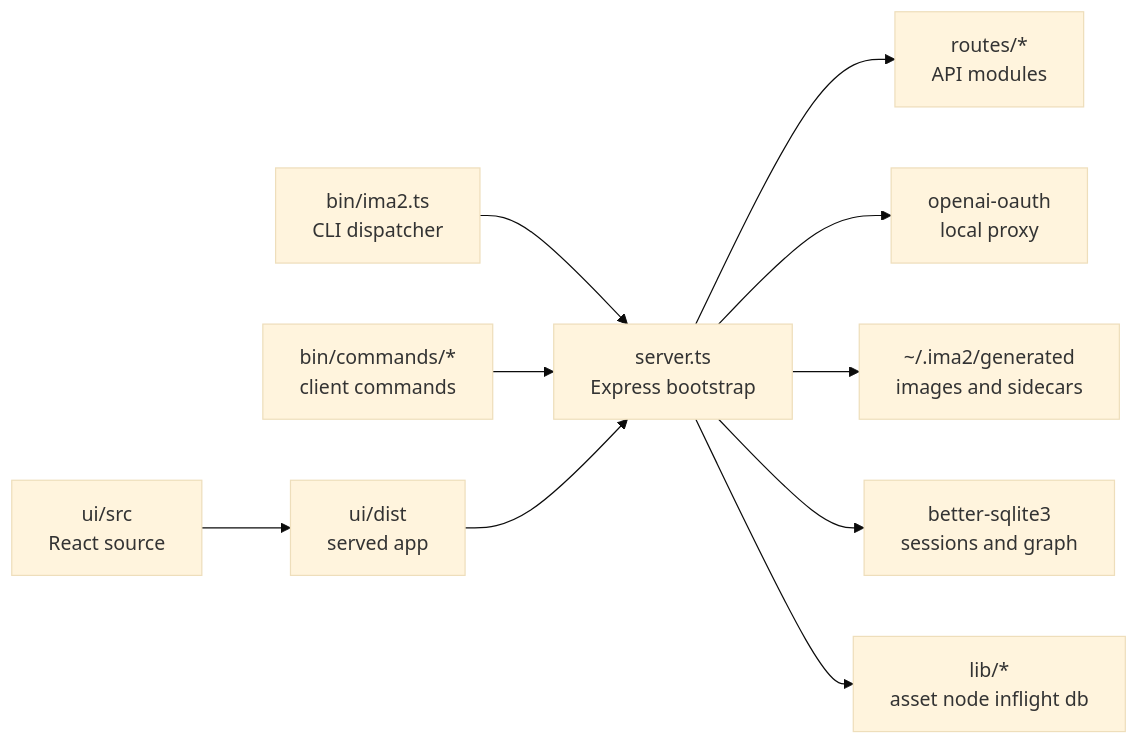
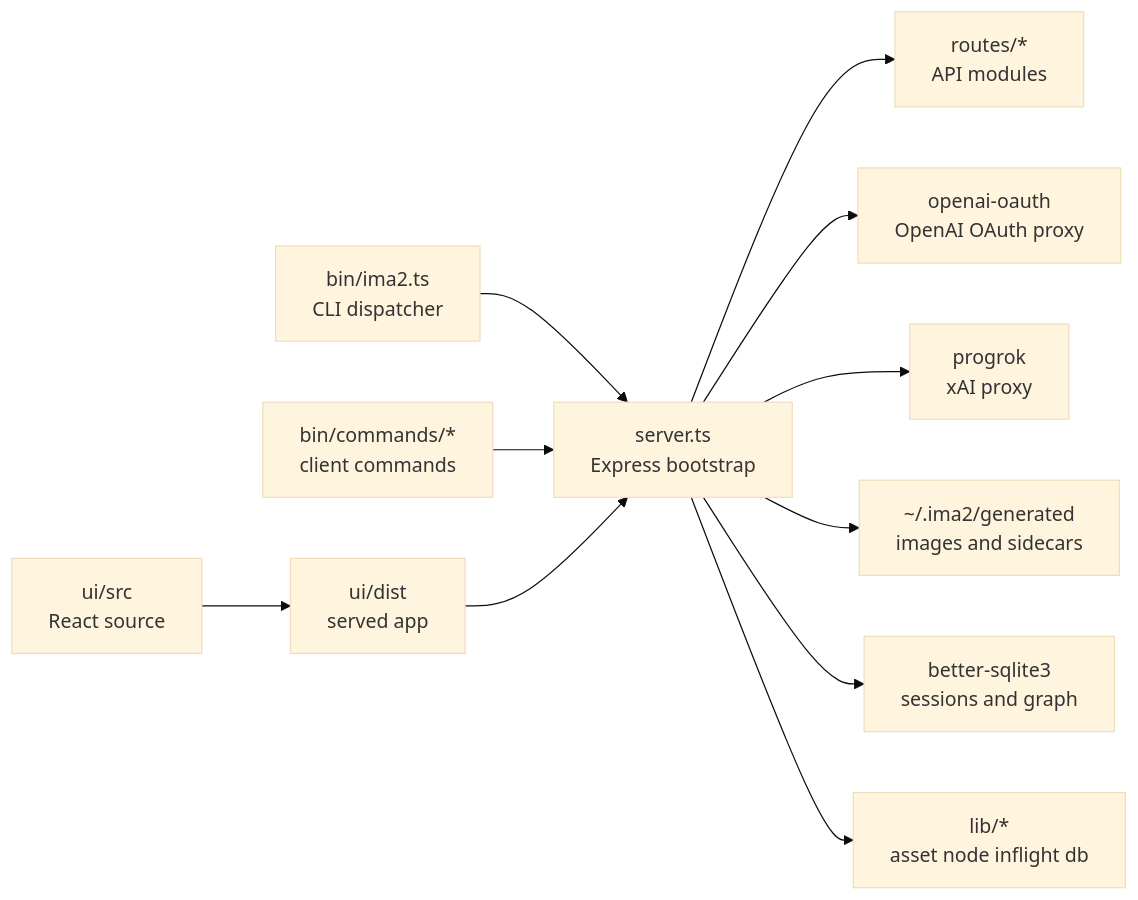
Before and after one commit to ChatPoongKun/ima2-gen: the diagram in structure/00-structure-hub.md, drawn with Mermaid (base theme). The commit also changed other lines of this file and 30 other files, not shown here.

````diff
--- a/structure/00-structure-hub.md
+++ b/structure/00-structure-hub.md
@@ -29,12 +29,13 @@
 ```mermaid
 graph LR
     CLI["bin/ima2.ts<br/>CLI dispatcher"] --> API["server.ts<br/>Express bootstrap"]
     CMDS["bin/commands/*<br/>client commands"] --> API
     WEB["ui/dist<br/>served app"] --> API
     SRC["ui/src<br/>React source"] --> WEB
     API --> ROUTES["routes/*<br/>API modules"]
-    API --> OAUTH["openai-oauth<br/>local proxy"]
+    API --> OAUTH["openai-oauth<br/>OpenAI OAuth proxy"]
+    API --> GROK["progrok<br/>xAI proxy"]
     API --> GEN["~/.ima2/generated<br/>images and sidecars"]
     API --> DB["better-sqlite3<br/>sessions and graph"]
     API --> LIB["lib/*<br/>asset node inflight db"]
 ```
````
